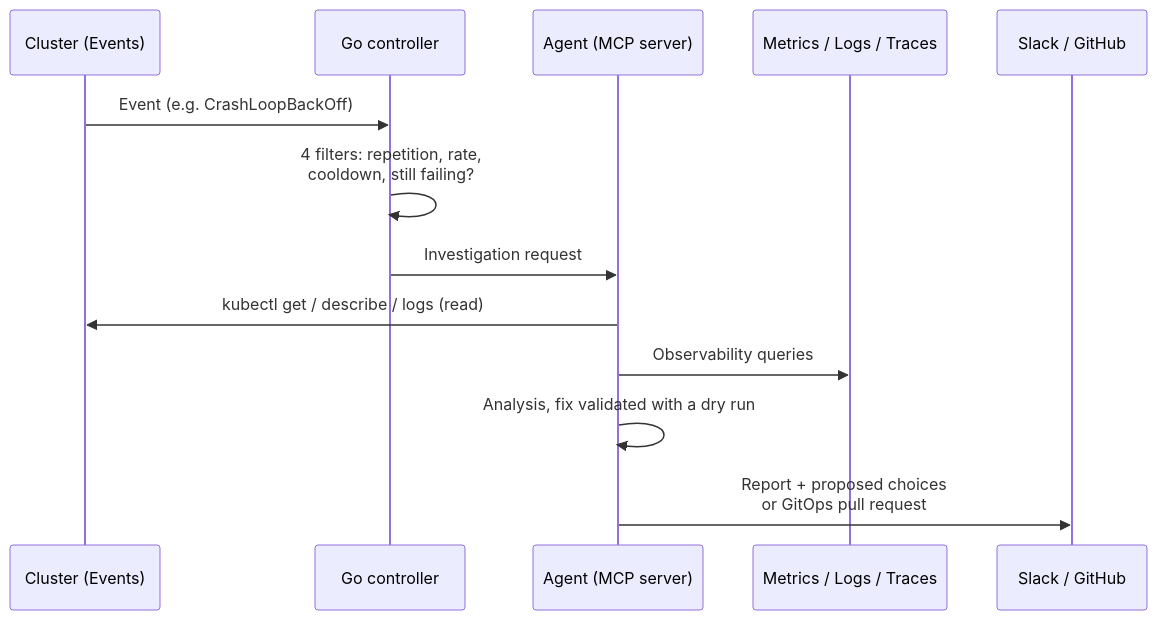
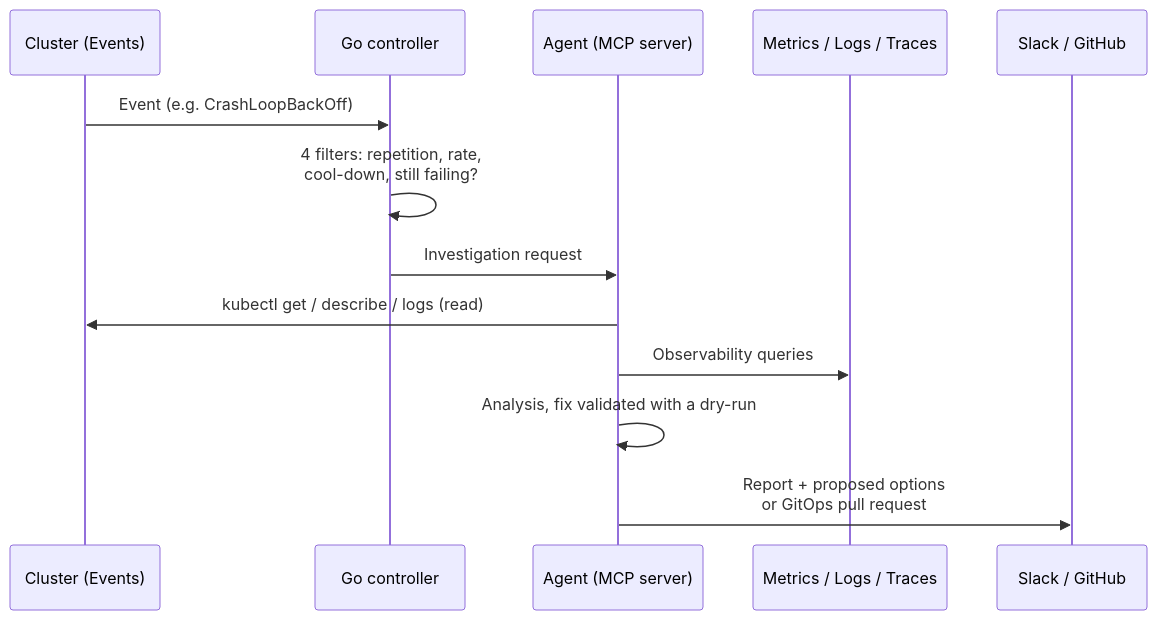
The diagram in docs/projets/sre-agent.en.md (naqa92-portfolio-projects/talos-docs), drawn with Mermaid before and after one commit. The commit also changed other lines of this file and 23 other files, not shown here.

````diff
--- a/docs/projets/sre-agent.en.md
+++ b/docs/projets/sre-agent.en.md
@@ -14,15 +15,15 @@
 ```mermaid
 sequenceDiagram
     participant K as Cluster (Events)
     participant C as Go controller
     participant A as Agent (MCP server)
     participant O as Metrics / Logs / Traces
     participant S as Slack / GitHub
     K->>C: Event (e.g. CrashLoopBackOff)
-    C->>C: 4 filters: repetition, rate,<br/>cooldown, still failing?
+    C->>C: 4 filters: repetition, rate,<br/>cool-down, still failing?
     C->>A: Investigation request
     A->>K: kubectl get / describe / logs (read)
     A->>O: Observability queries
-    A->>A: Analysis, fix validated with a dry run
-    A->>S: Report + proposed choices<br/>or GitOps pull request
+    A->>A: Analysis, fix validated with a dry-run
+    A->>S: Report + proposed options<br/>or GitOps pull request
 ```
````
